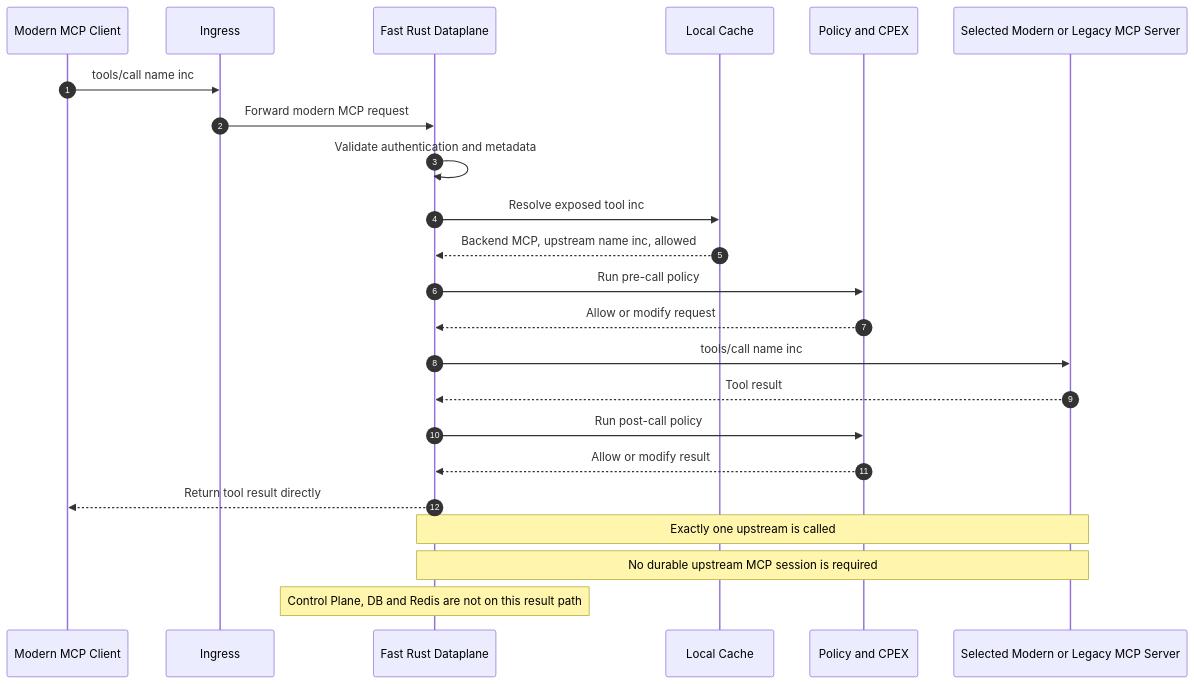
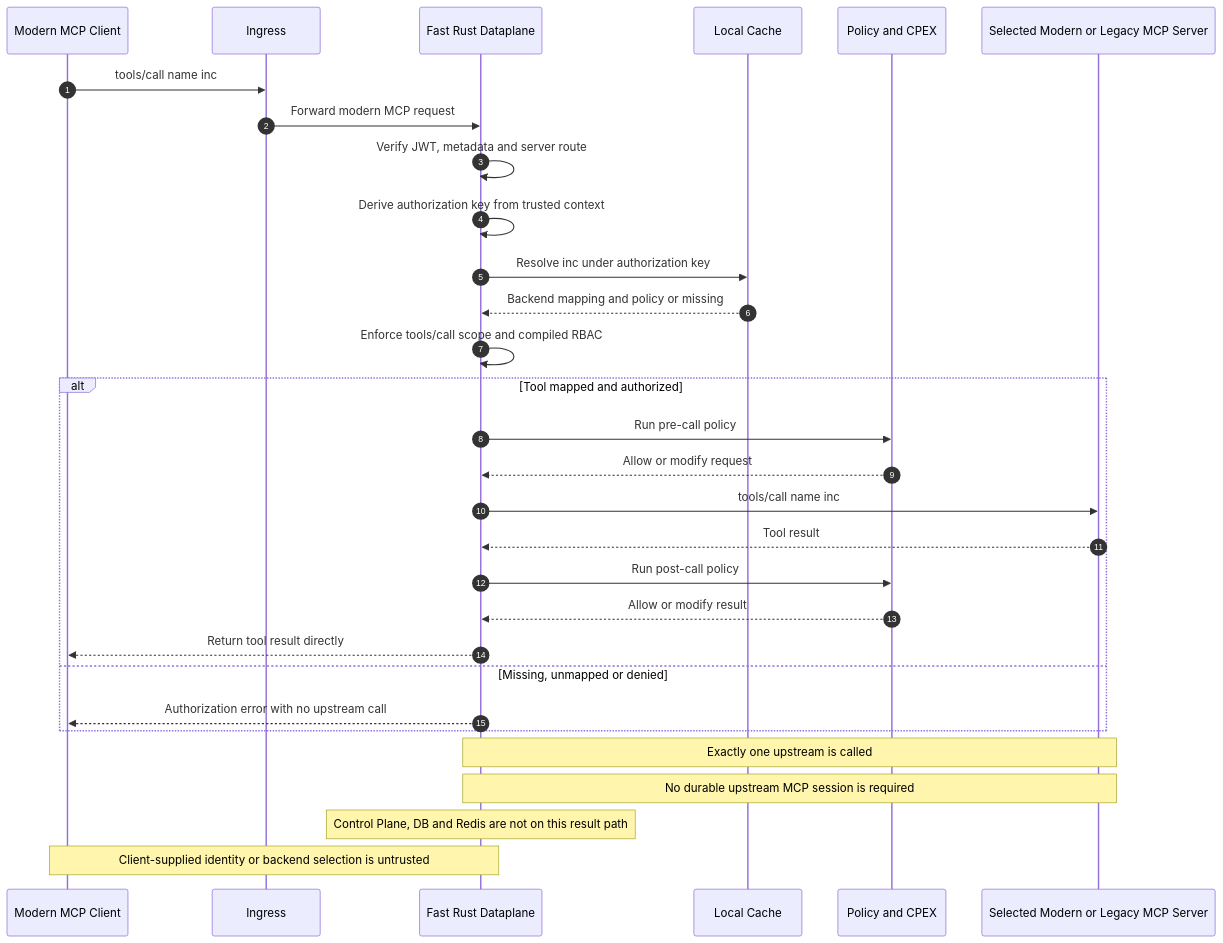
One commit to contextforge-gateway-rs/contextforge-gateway-rs changed the fourth of 5 diagrams in _context/wiki/mcp-capability-allocation.md. Above: the diagram before and after it, drawn with Mermaid. The commit also changed other lines of this file and 1 other file, not shown here.

Commit message:
docs: define target authorization boundaries

````diff
--- a/_context/wiki/mcp-capability-allocation.md
+++ b/_context/wiki/mcp-capability-allocation.md
@@ -230,28 +274,35 @@
 ```mermaid
 sequenceDiagram
     autonumber
     participant Client as Modern MCP Client
     participant Ingress
     participant DP as Fast Rust Dataplane
     participant Cache as Local Cache
     participant CPEX as Policy and CPEX
     participant MCP as Selected Modern or Legacy MCP Server
 
     Client->>Ingress: tools/call name inc
     Ingress->>DP: Forward modern MCP request
-    DP->>DP: Validate authentication and metadata
-    DP->>Cache: Resolve exposed tool inc
-    Cache-->>DP: Backend MCP, upstream name inc, allowed
+    DP->>DP: Verify JWT, metadata and server route
+    DP->>DP: Derive authorization key from trusted context
+    DP->>Cache: Resolve inc under authorization key
+    Cache-->>DP: Backend mapping and policy or missing
+    DP->>DP: Enforce tools/call scope and compiled RBAC
 
-    DP->>CPEX: Run pre-call policy
-    CPEX-->>DP: Allow or modify request
-    DP->>MCP: tools/call name inc
-    MCP-->>DP: Tool result
-    DP->>CPEX: Run post-call policy
-    CPEX-->>DP: Allow or modify result
-    DP-->>Client: Return tool result directly
+    alt Tool mapped and authorized
+        DP->>CPEX: Run pre-call policy
+        CPEX-->>DP: Allow or modify request
+        DP->>MCP: tools/call name inc
+        MCP-->>DP: Tool result
+        DP->>CPEX: Run post-call policy
+        CPEX-->>DP: Allow or modify result
+        DP-->>Client: Return tool result directly
+    else Missing, unmapped or denied
+        DP-->>Client: Authorization error with no upstream call
+    end
 
     Note over DP,MCP: Exactly one upstream is called
     Note over DP,MCP: No durable upstream MCP session is required
     Note over DP: Control Plane, DB and Redis are not on this result path
+    Note over Client,DP: Client-supplied identity or backend selection is untrusted
 ```
````
